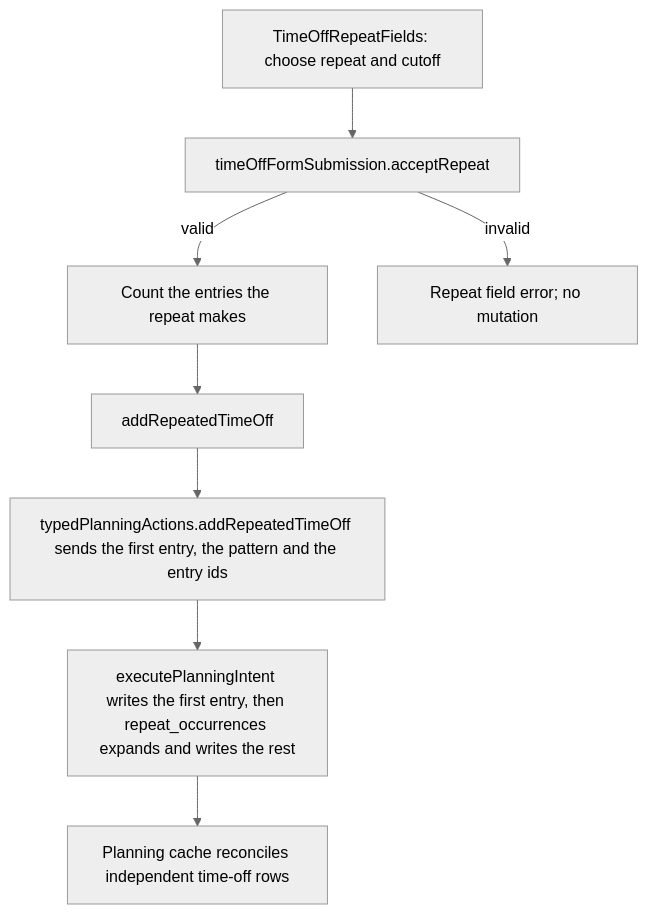
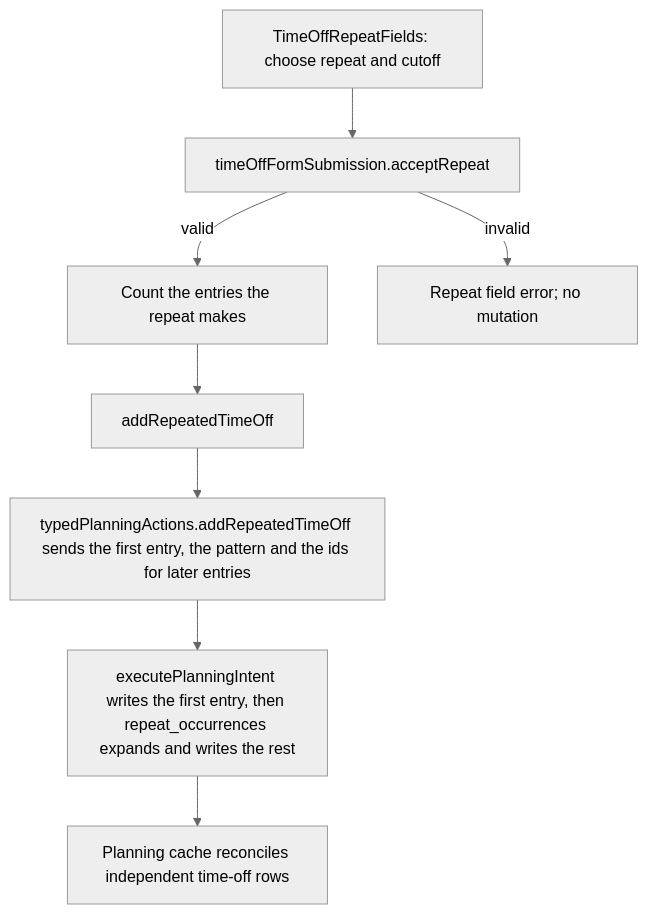
The second of 2 diagrams in user-stories/time-off/US-TOF-07-repeat-time-off.md (Kevinjohn/capacitylens), drawn with Mermaid (neutral theme) before and after one commit. The commit also changed 3 other files, not shown here.

First line of the commit message:
Word the repeat-limit errors for any repeat and tidy the time-off submission

````diff
--- a/user-stories/time-off/US-TOF-07-repeat-time-off.md
+++ b/user-stories/time-off/US-TOF-07-repeat-time-off.md
@@ -43,10 +43,10 @@
 ```mermaid
 flowchart TD
   A["TimeOffRepeatFields: choose repeat and cutoff"] --> B["timeOffFormSubmission.acceptRepeat"]
   B -->|valid| C["Count the entries the repeat makes"]
   B -->|invalid| D["Repeat field error; no mutation"]
   C --> E["addRepeatedTimeOff"]
-  E --> F["typedPlanningActions.addRepeatedTimeOff sends the first entry, the pattern and the entry ids"]
+  E --> F["typedPlanningActions.addRepeatedTimeOff sends the first entry, the pattern and the ids for later entries"]
   F --> H["executePlanningIntent writes the first entry, then repeat_occurrences expands and writes the rest"]
   H --> G["Planning cache reconciles independent time-off rows"]
 ```
````
